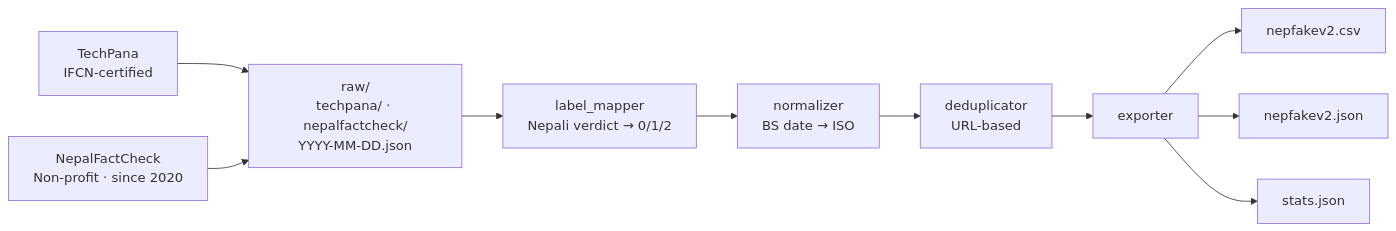
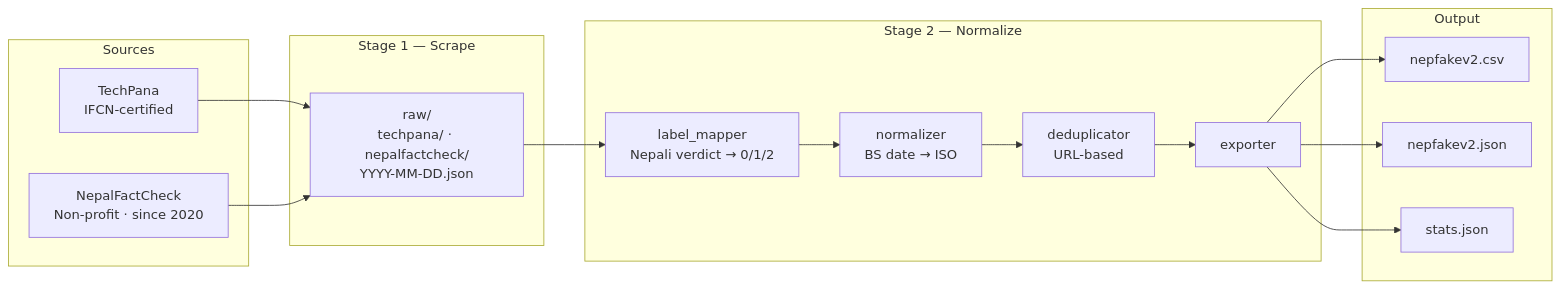
The diagram in README.md (Nandansingh007/NepFakeV2), drawn with Mermaid before and after one commit. The commit also changed other lines of this file and 13 other files, not shown here.

````diff
--- a/README.md
+++ b/README.md
@@ -82,23 +82,31 @@
 ```mermaid
 flowchart LR
-    T["TechPana\nIFCN-certified"]
-    N["NepalFactCheck\nNon-profit · since 2020"]
+    subgraph SRC["Sources"]
+        T["TechPana\nIFCN-certified"]
+        N["NepalFactCheck\nNon-profit · since 2020"]
+    end
 
-    RAW["raw/\ntechpana/ · nepalfactcheck/\nYYYY-MM-DD.json"]
+    subgraph S1["Stage 1 — Scrape"]
+        RAW["raw/\ntechpana/ · nepalfactcheck/\nYYYY-MM-DD.json"]
+    end
 
-    LM["label_mapper\nNepali verdict → 0/1/2"]
-    NR["normalizer\nBS date → ISO"]
-    DD["deduplicator\nURL-based"]
-    EX["exporter"]
+    subgraph S2["Stage 2 — Normalize"]
+        LM["label_mapper\nNepali verdict → 0/1/2"]
+        NR["normalizer\nBS date → ISO"]
+        DD["deduplicator\nURL-based"]
+        EX["exporter"]
+    end
 
-    CSV["nepfakev2.csv"]
-    JSON["nepfakev2.json"]
-    ST["stats.json"]
+    subgraph OUT["Output"]
+        CSV["nepfakev2.csv"]
+        JSON["nepfakev2.json"]
+        ST["stats.json"]
+    end
 
     T --> RAW
     N --> RAW
     RAW --> LM --> NR --> DD --> EX
     EX --> CSV
     EX --> JSON
     EX --> ST
 ```
````
